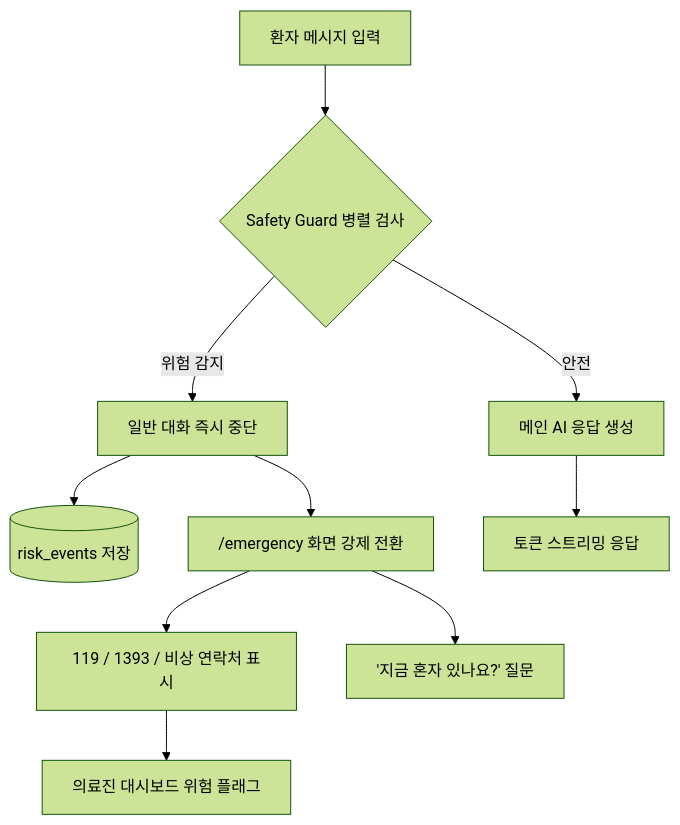
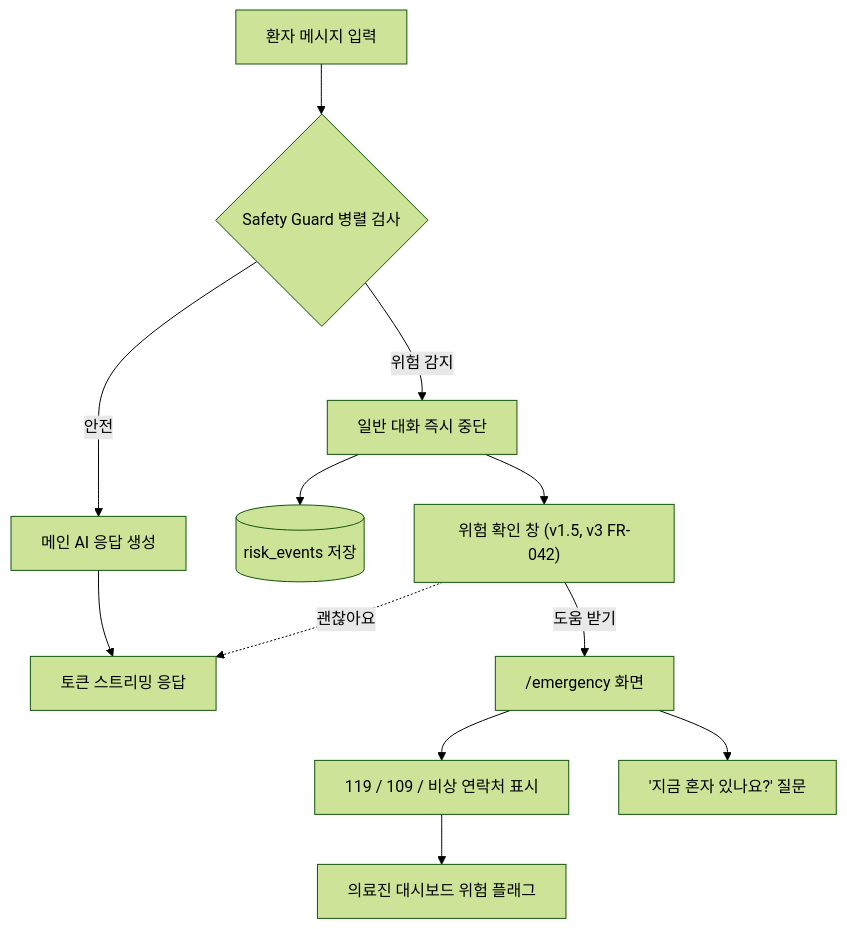
The fourth of 5 diagrams in docs/prd/PRD_neuro-sync.md (Neuro-AI-Lab/neurosync), drawn with Mermaid (forest theme) before and after one commit. The commit also changed other lines of this file and 6 other files, not shown here.

````diff
--- a/docs/prd/PRD_neuro-sync.md
+++ b/docs/prd/PRD_neuro-sync.md
@@ -1193,12 +1204,14 @@
 ```mermaid
 flowchart TD
   Msg[환자 메시지 입력] --> SafetyParallel{Safety Guard 병렬 검사}
   SafetyParallel -->|안전| MainLLM[메인 AI 응답 생성]
   SafetyParallel -->|위험 감지| Block[일반 대화 즉시 중단]
   Block --> RiskLog[(risk_events 저장)]
-  Block --> EmergencyUI["/emergency 화면 강제 전환"]
-  EmergencyUI --> Hotline["119 / 1393 / 비상 연락처 표시"]
+  Block --> Confirm["위험 확인 창 (v1.5, v3 FR-042)"]
+  Confirm -.->|괜찮아요| Stream
+  Confirm -->|도움 받기| EmergencyUI["/emergency 화면"]
+  EmergencyUI --> Hotline["119 / 109 / 비상 연락처 표시"]
   EmergencyUI --> SafetyQ["'지금 혼자 있나요?' 질문"]
   Hotline --> ClinicianAlert[의료진 대시보드 위험 플래그]
   MainLLM --> Stream[토큰 스트리밍 응답]
 ```
````
